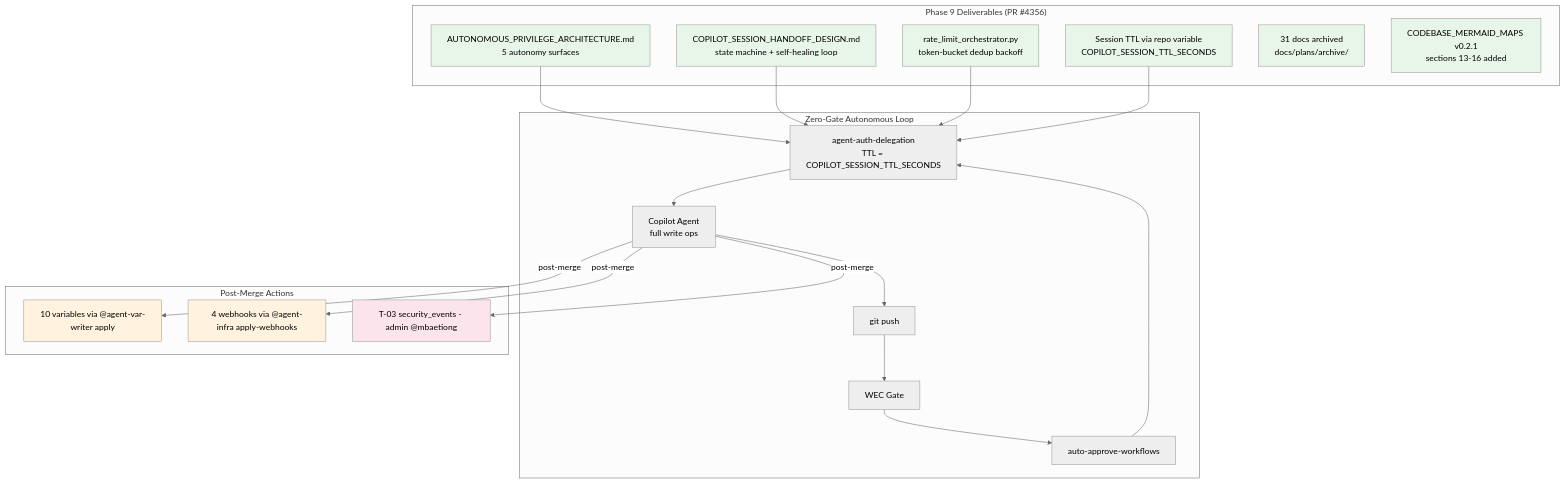
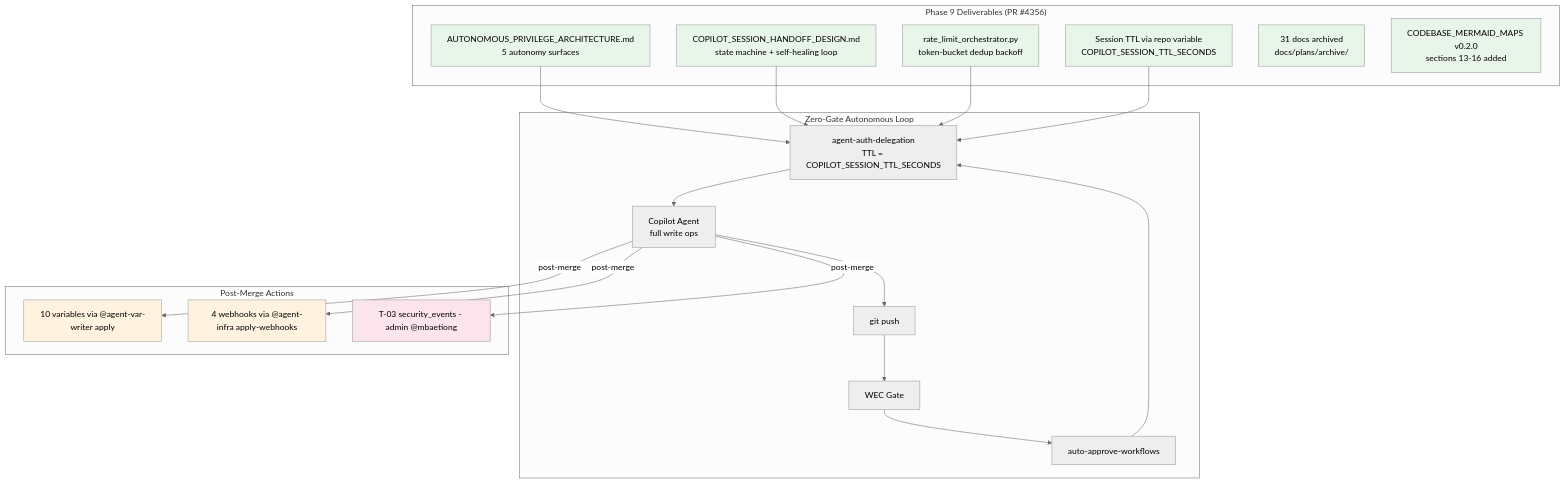
Before and after one commit to Aries-Serpent/_codex_: diagram 14 of 14 in docs/REPOSITORY_ARCHITECTURE_DIAGRAMS.md, drawn with Mermaid (neutral theme). The commit also changed other lines of this file and 4117 other files, not shown here.

````diff
--- a/docs/REPOSITORY_ARCHITECTURE_DIAGRAMS.md
+++ b/docs/REPOSITORY_ARCHITECTURE_DIAGRAMS.md
@@ -900,39 +1003,46 @@
 ```mermaid
 %%{init: {'accessibility': {'title': 'Flowchart showing AUTONOMOUS_PRIVILEGE_ARCHITECTURE.md\n5 autonomy surfaces, COPILOT_SESSION_HANDOFF_DESIGN.md\nstate machine + self-healing loop'}}%%
+
 graph TD
  subgraph "Phase 9 Deliverables (PR #4356)"
  D1[AUTONOMOUS_PRIVILEGE_ARCHITECTURE.md\n5 autonomy surfaces]
  D2[COPILOT_SESSION_HANDOFF_DESIGN.md\nstate machine + self-healing loop]
  D3[rate_limit_orchestrator.py\ntoken-bucket dedup backoff]
  D4[Session TTL via repo variable\nCOPILOT_SESSION_TTL_SECONDS]
  D5[31 docs archived\ndocs/plans/archive/]
- D6[CODEBASE_MERMAID_MAPS v0.2.1\nsections 13-16 added]
+ D6[CODEBASE_MERMAID_MAPS v0.2.0\nsections 13-16 added]
  end
 
  subgraph "Zero-Gate Autonomous Loop"
+
  PUSH[git push] --> WEC_GATE[WEC Gate]
+
  WEC_GATE --> AUTO_APPROVE[auto-approve-workflows]
+
  AUTO_APPROVE --> AUTH_DELEGATION[agent-auth-delegation\nTTL = COPILOT_SESSION_TTL_SECONDS]
+
  AUTH_DELEGATION --> AGENT[Copilot Agent\nfull write ops]
+
  AGENT --> PUSH
  end
 
  subgraph "Post-Merge Actions"
  PM1[10 variables via @agent-var-writer apply]
  PM2[4 webhooks via @agent-infra apply-webhooks]
  PM3[T-03 security_events - admin @mbaetiong]
  end
 
  D1 & D2 & D3 & D4 --> AUTH_DELEGATION
+
  AGENT -->|post-merge| PM1 & PM2 & PM3
 
  style D1 fill:#e8f5e9,color:#000
  style D2 fill:#e8f5e9,color:#000
  style D3 fill:#e8f5e9,color:#000
  style D4 fill:#e8f5e9,color:#000
  style D5 fill:#e8f5e9,color:#000
  style D6 fill:#e8f5e9,color:#000
  style PM1 fill:#fff3e0,color:#000
  style PM2 fill:#fff3e0,color:#000
  style PM3 fill:#fce4ec,color:#000
 ```
````
